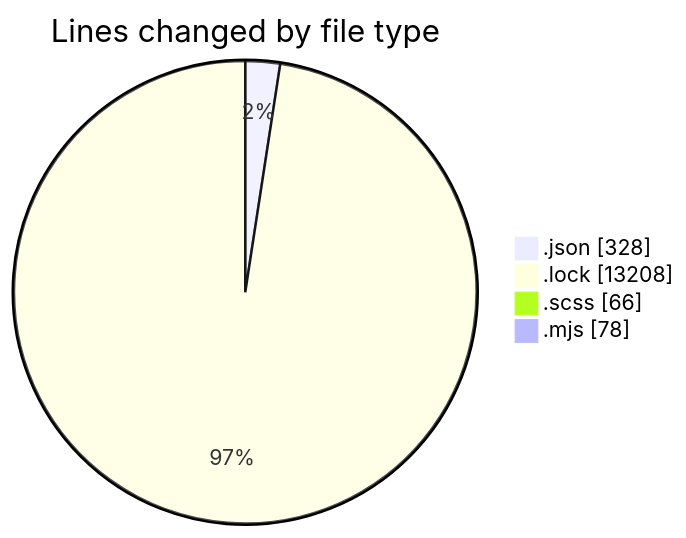
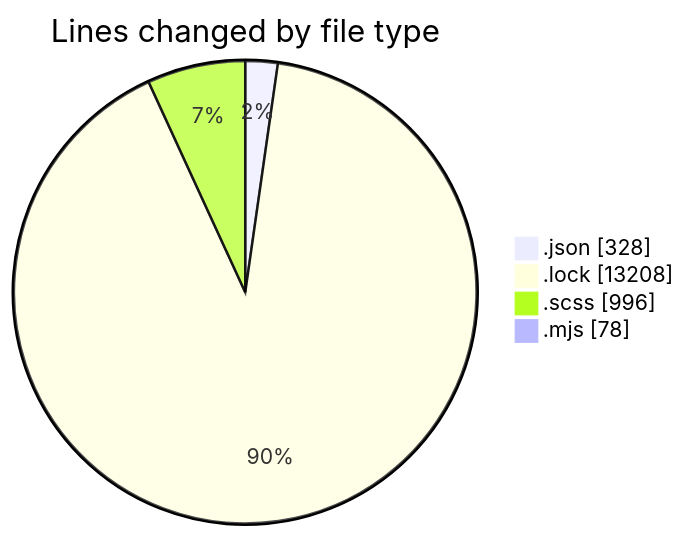
One commit to momahboobian/code-tracking changed the first of 2 diagrams in 2026-01-26/cda/README.md. Above: the diagram before and after it, drawn with Mermaid. The commit also changed other lines of this file and 1 other file, not shown here.

````diff
--- a/2026-01-26/cda/README.md
+++ b/2026-01-26/cda/README.md
@@ -26,8 +28,8 @@
 ```mermaid
 pie showData
 title Lines changed by file type
 ".json" : 328
 ".lock" : 13208
-".scss" : 66
+".scss" : 996
 ".mjs" : 78
 ```
````
